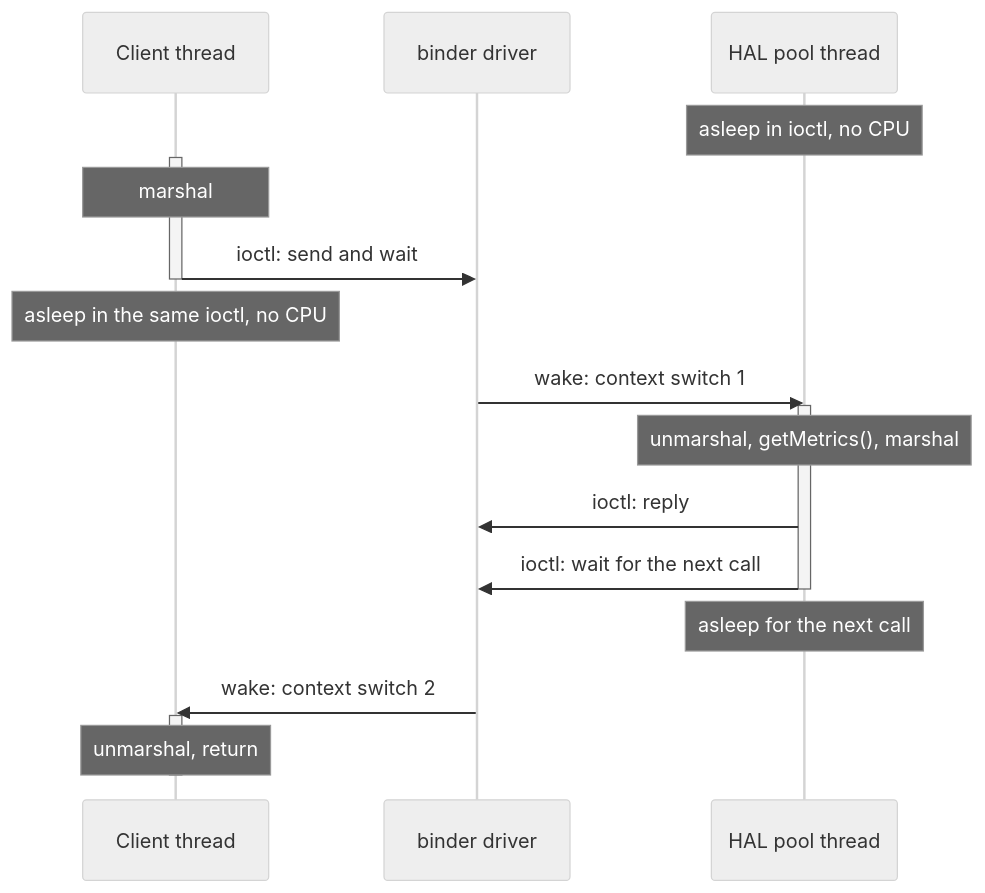
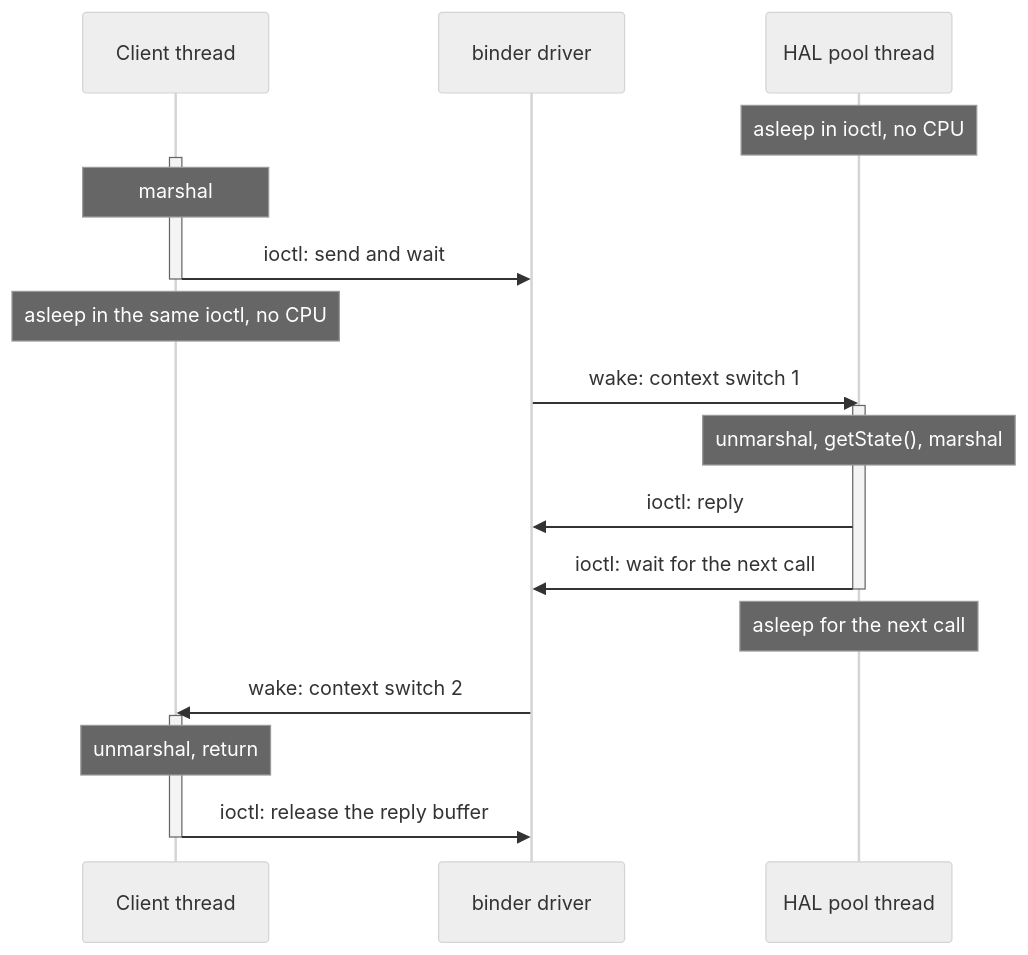
The second of 6 diagrams in docs/introduction/binder_call_path.md (rdkcentral/rdk-halif-aidl), drawn with Mermaid (neutral theme) before and after one commit. The commit also changed other lines of this file, not shown here.

First line of the commit message:
Fix #956: use getState and count buffer release

````diff
--- a/docs/introduction/binder_call_path.md
+++ b/docs/introduction/binder_call_path.md
@@ -48,23 +50,24 @@
 ```mermaid
 sequenceDiagram
     participant C as Client thread
     participant K as binder driver
     participant H as HAL pool thread
     Note over H: asleep in ioctl, no CPU
     activate C
     Note over C: marshal
     C->>K: ioctl: send and wait
     deactivate C
     Note over C: asleep in the same ioctl, no CPU
     K->>H: wake: context switch 1
     activate H
-    Note over H: unmarshal, getMetrics(), marshal
+    Note over H: unmarshal, getState(), marshal
     H->>K: ioctl: reply
     H->>K: ioctl: wait for the next call
     deactivate H
     Note over H: asleep for the next call
     K->>C: wake: context switch 2
     activate C
     Note over C: unmarshal, return
+    C->>K: ioctl: release the reply buffer
     deactivate C
 ```
````
